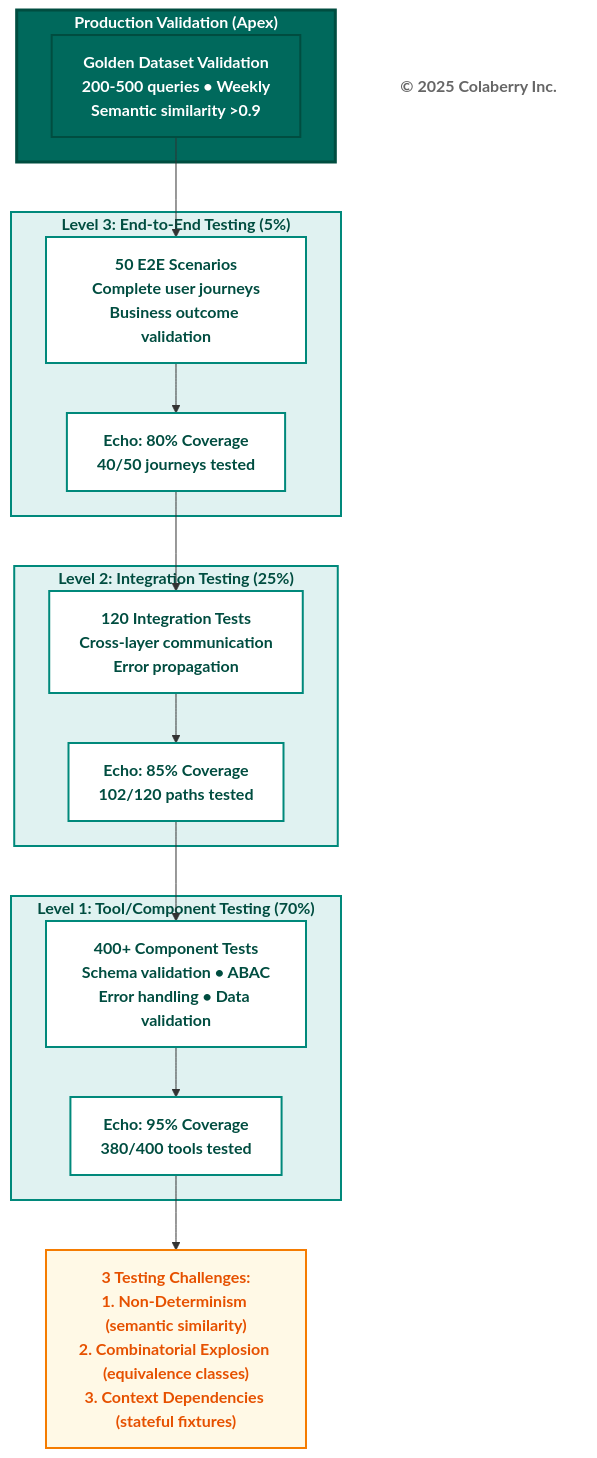
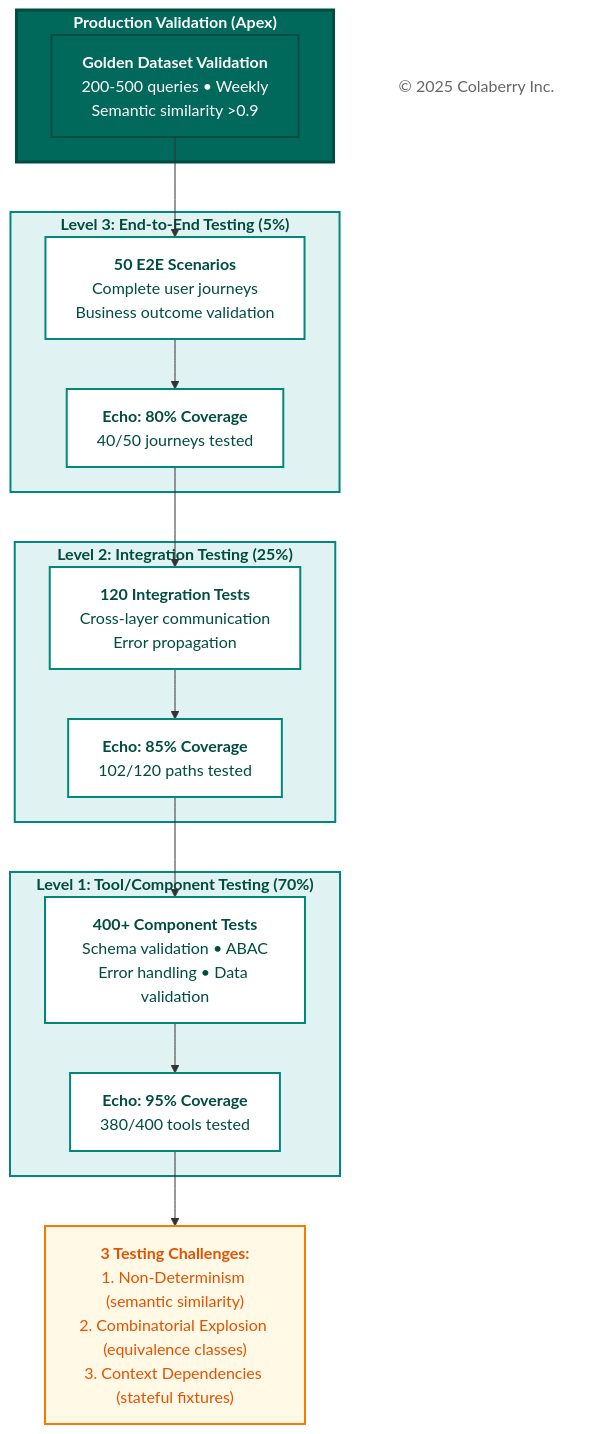
Before and after one commit to colaberry/enterprise-data-readiness-ai-agents: diagram 13 of 18 in chapter-01/chapter_1_complete.md, drawn with Mermaid. The commit also changed other lines of this file, not shown here.

First line of the commit message:
diagrams made efficient with space

````diff
--- a/chapter-01/chapter_1_complete.md
+++ b/chapter-01/chapter_1_complete.md
@@ -1944,52 +1931,52 @@
 ```mermaid
 graph TB
     subgraph APEX["<b>Production Validation (Apex)</b>"]
-        PROD["<b>Golden Dataset Validation</b><br/><b>200-500 queries • Weekly</b><br/><b>Semantic similarity >0.9</b>"]
+        PROD["<b>Golden Dataset Validation</b><br/>200-500 queries • Weekly<br/>Semantic similarity >0.9"]
     end
     
     subgraph E2E["<b>Level 3: End-to-End Testing (5%)</b>"]
-        E2E1["<b>50 E2E Scenarios</b><br/><b>Complete user journeys</b><br/><b>Business outcome validation</b>"]
-        E2E2["<b>Echo: 80% Coverage</b><br/><b>40/50 journeys tested</b>"]
+        E2E1["<b>50 E2E Scenarios</b><br/>Complete user journeys<br/>Business outcome validation"]
+        E2E2["<b>Echo: 80% Coverage</b><br/>40/50 journeys tested"]
     end
     
     subgraph INTEGRATION["<b>Level 2: Integration Testing (25%)</b>"]
-        INT1["<b>120 Integration Tests</b><br/><b>Cross-layer communication</b><br/><b>Error propagation</b>"]
-        INT2["<b>Echo: 85% Coverage</b><br/><b>102/120 paths tested</b>"]
+        INT1["<b>120 Integration Tests</b><br/>Cross-layer communication<br/>Error propagation"]
+        INT2["<b>Echo: 85% Coverage</b><br/>102/120 paths tested"]
     end
     
     subgraph UNIT["<b>Level 1: Tool/Component Testing (70%)</b>"]
-        UNIT1["<b>400+ Component Tests</b><br/><b>Schema validation • ABAC</b><br/><b>Error handling • Data validation</b>"]
-        UNIT2["<b>Echo: 95% Coverage</b><br/><b>380/400 tools tested</b>"]
+        UNIT1["<b>400+ Component Tests</b><br/>Schema validation • ABAC<br/>Error handling • Data validation"]
+        UNIT2["<b>Echo: 95% Coverage</b><br/>380/400 tools tested"]
     end
     
     PROD --> E2E1
     E2E1 --> E2E2
     E2E2 --> INT1
     INT1 --> INT2
     INT2 --> UNIT1
     UNIT1 --> UNIT2
     
-    CHALLENGE["<b>3 Testing Challenges:</b><br/><b>1. Non-Determinism (semantic similarity)</b><br/><b>2. Combinatorial Explosion (equivalence classes)</b><br/><b>3. Context Dependencies (stateful fixtures)</b>"]
+    CHALLENGE["<b>3 Testing Challenges:</b><br/>1. Non-Determinism (semantic similarity)<br/>2. Combinatorial Explosion (equivalence classes)<br/>3. Context Dependencies (stateful fixtures)"]
     
     UNIT2 --> CHALLENGE
     
     style APEX fill:#00695c,color:#ffffff,stroke:#004d40,stroke-width:3px
     style PROD fill:#00695c,color:#ffffff,stroke:#004d40,stroke-width:2px
     
     style E2E fill:#e0f2f1,stroke:#00897b,stroke-width:2px,color:#004d40
     style E2E1 fill:#ffffff,stroke:#00897b,stroke-width:2px,color:#004d40
     style E2E2 fill:#ffffff,stroke:#00897b,stroke-width:2px,color:#004d40
     
     style INTEGRATION fill:#e0f2f1,stroke:#00897b,stroke-width:2px,color:#004d40
     style INT1 fill:#ffffff,stroke:#00897b,stroke-width:2px,color:#004d40
     style INT2 fill:#ffffff,stroke:#00897b,stroke-width:2px,color:#004d40
     
     style UNIT fill:#e0f2f1,stroke:#00897b,stroke-width:2px,color:#004d40
     style UNIT1 fill:#ffffff,stroke:#00897b,stroke-width:2px,color:#004d40
     style UNIT2 fill:#ffffff,stroke:#00897b,stroke-width:2px,color:#004d40
     
     style CHALLENGE fill:#fff9e6,stroke:#f57c00,stroke-width:2px,color:#e65100
     
-    Copyright["<b>© 2025 Colaberry Inc.</b>"]
+    Copyright["© 2025 Colaberry Inc."]
     style Copyright fill:#ffffff,stroke:none,color:#666666
 ```
````
